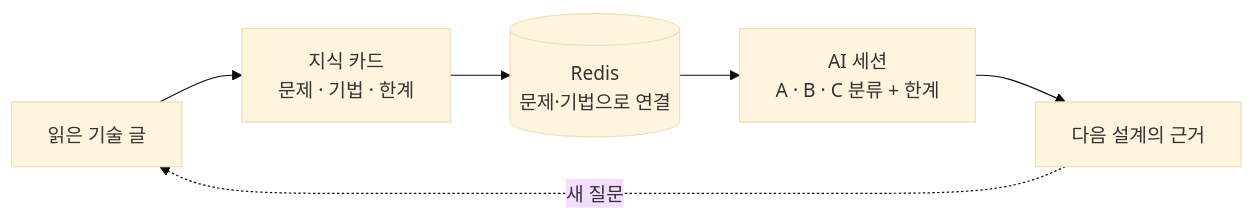
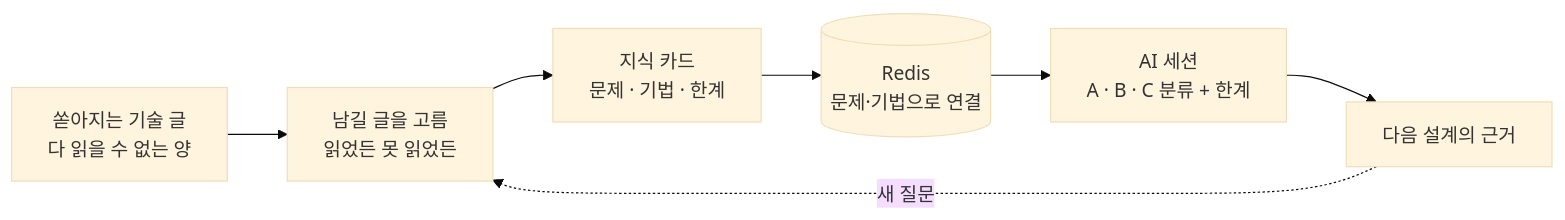
One commit to ai-dev-methodologies/knowledge-scout changed the first of 2 diagrams in README.ko.md. Above: the diagram before and after it, drawn with Mermaid (base theme). The commit also changed other lines of this file and 1 other file, not shown here.

````diff
--- a/README.ko.md
+++ b/README.ko.md
@@ -13,8 +13,8 @@
 ```mermaid
 flowchart LR
-    A["읽은 기술 글"] --> B["지식 카드<br/>문제 · 기법 · 한계"]
+    A["쏟아지는 기술 글<br/>다 읽을 수 없는 양"] --> S["남길 글을 고름<br/>읽었든 못 읽었든"] --> B["지식 카드<br/>문제 · 기법 · 한계"]
     B --> C[("Redis<br/>문제·기법으로 연결")]
     C --> D["AI 세션<br/>A · B · C 분류 + 한계"]
     D --> E["다음 설계의 근거"]
-    E -.->|"새 질문"| A
+    E -.->|"새 질문"| S
 ```
````
